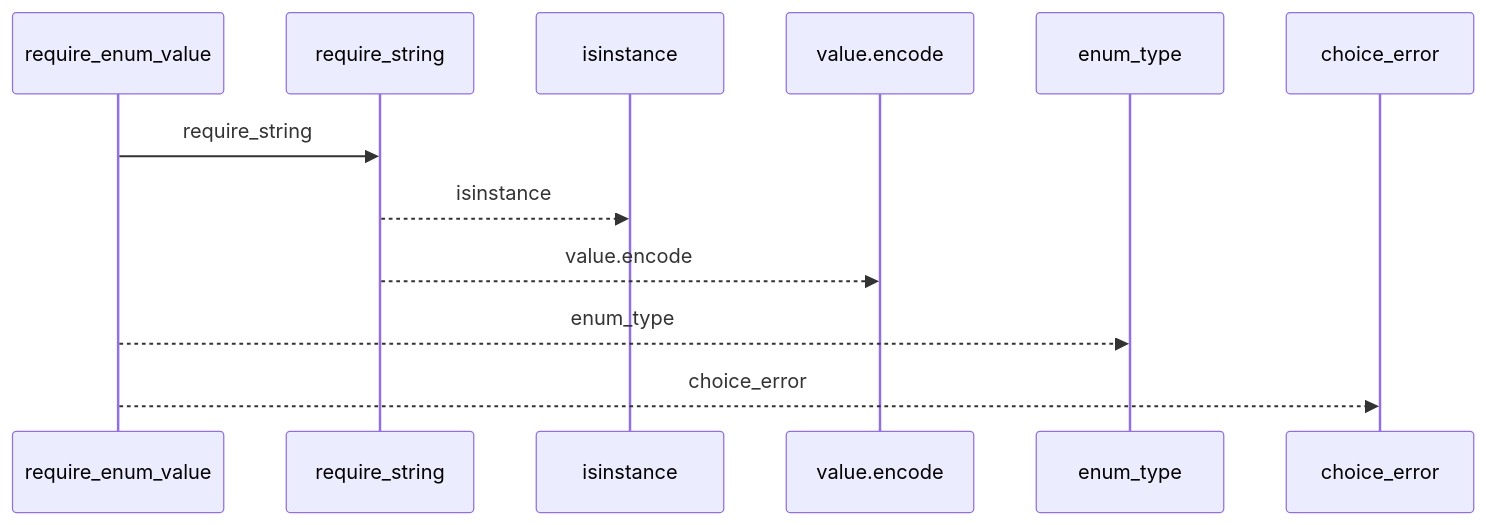
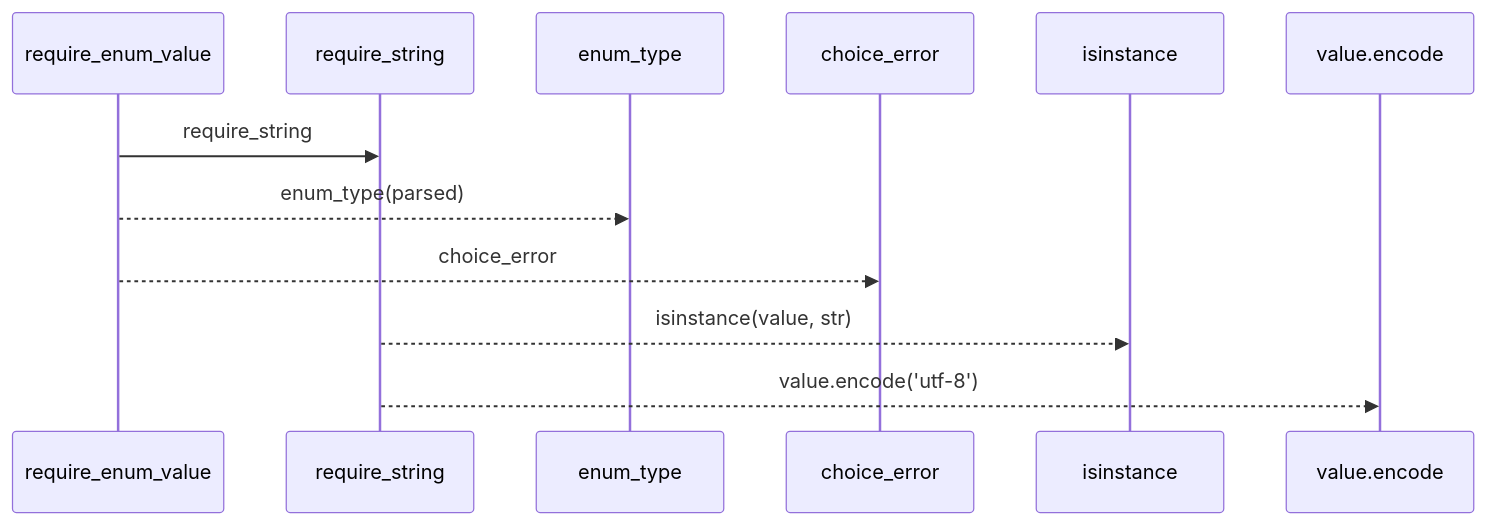
The first of 2 diagrams in docs/llm_wiki/flows/api-require_enum_value.md (Denissvgn/python-wiki-llm), drawn with Mermaid before and after one commit. The commit also changed other lines of this file and 1410 other files, not shown here.

````diff
--- a/docs/llm_wiki/flows/api-require_enum_value.md
+++ b/docs/llm_wiki/flows/api-require_enum_value.md
@@ -10,14 +12,14 @@
 ```mermaid
 sequenceDiagram
     participant p0 as require_enum_value
     participant p1 as require_string
-    participant p2 as isinstance
-    participant p3 as value.encode
-    participant p4 as enum_type
-    participant p5 as choice_error
+    participant p2 as enum_type
+    participant p3 as choice_error
+    participant p4 as isinstance
+    participant p5 as value.encode
     p0->>p1: require_string
-    p1-->>p2: isinstance
-    p1-->>p3: value.encode
-    p0-->>p4: enum_type
-    p0-->>p5: choice_error
+    p0-->>p2: enum_type(parsed)
+    p0-->>p3: choice_error
+    p1-->>p4: isinstance(value, str)
+    p1-->>p5: value.encode('utf-8')
 ```
````
